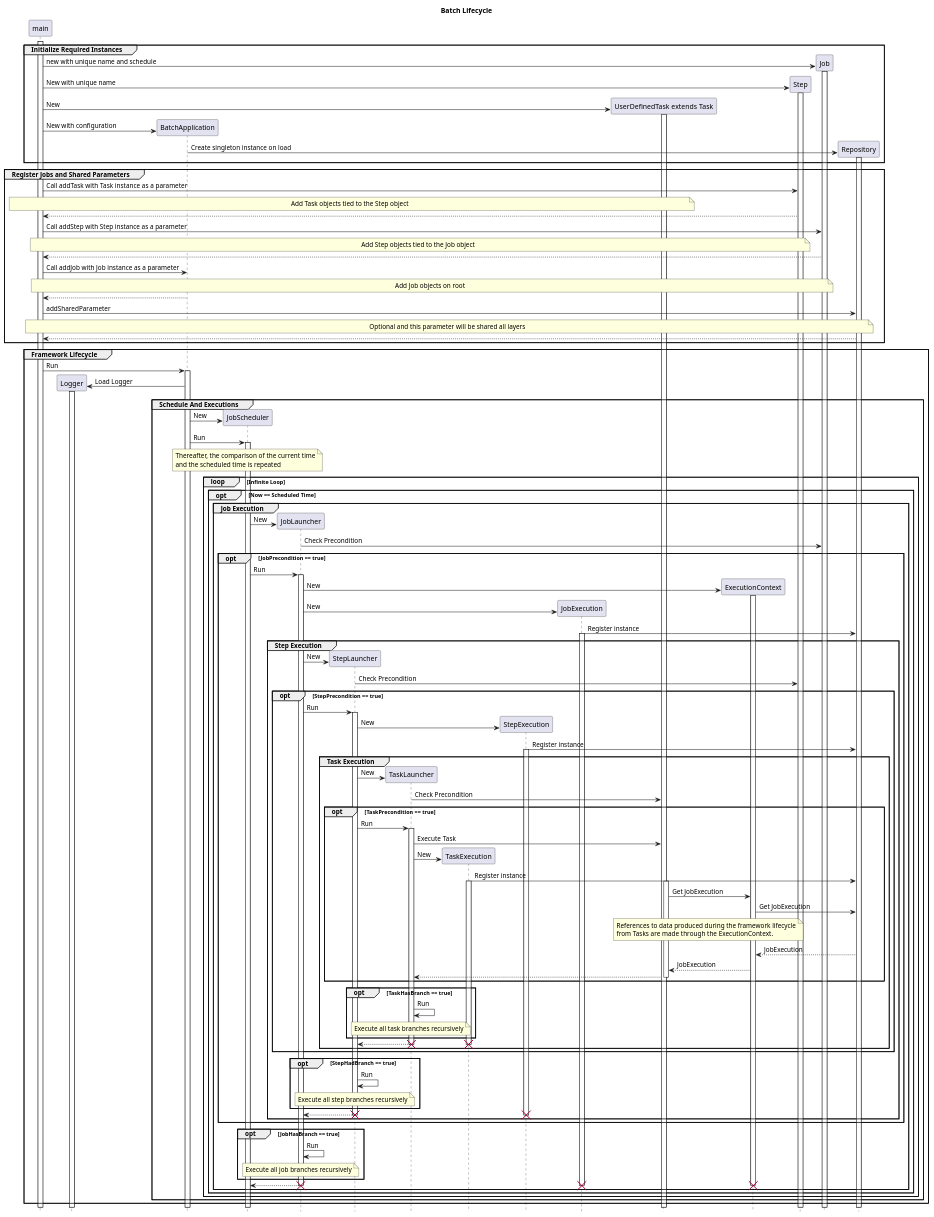
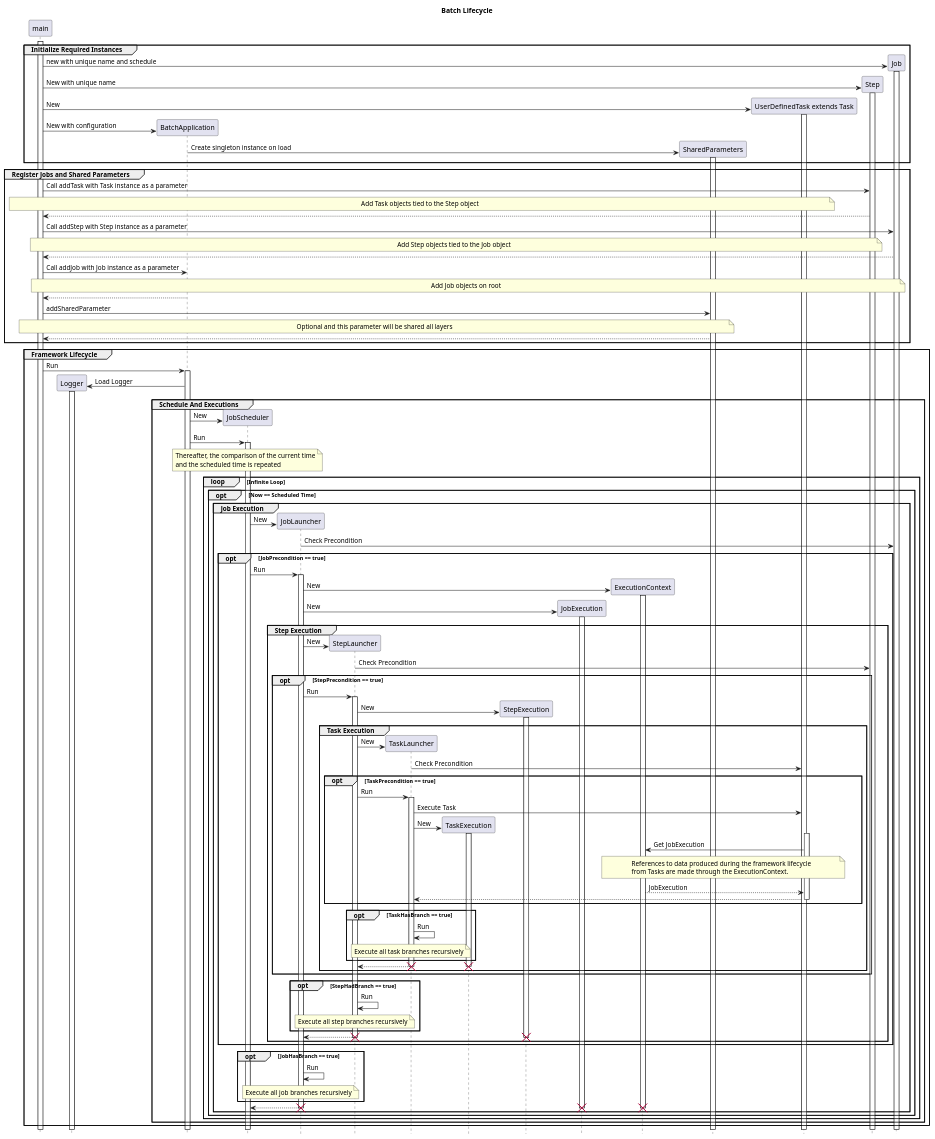
The diagram in design/sequence.pu (runchise/batch.dart), drawn with PlantUML before and after one commit. The commit also changed 1 other file, not shown here.

```diff
--- a/design/sequence.pu
+++ b/design/sequence.pu
@@ -1,186 +1,181 @@
 @startuml Batch Lifecycle
 title Batch Lifecycle
 hide footbox
 
 participant main
 participant Logger
 participant BatchApplication
 participant JobScheduler
 participant JobLauncher
 participant StepLauncher
 participant TaskLauncher
 participant TaskExecution
 participant StepExecution
 participant JobExecution
+participant ExecutionContext
+participant SharedParameters
 participant "UserDefinedTask extends Task" as Task
-participant ExecutionContext
 participant Step
 participant Job
-participant Repository
 
 activate main
 
 group Initialize Required Instances
     create Job
     main -> Job: new with unique name and schedule
     activate Job
     create Step
     main -> Step: New with unique name
     activate Step
 
     create Task
     main -> Task: New
     activate Task
 
     create BatchApplication
     main -> BatchApplication: New with configuration
 
-    create Repository
-    BatchApplication -> Repository: Create singleton instance on load
-    activate Repository
+    create SharedParameters
+    BatchApplication -> SharedParameters: Create singleton instance on load
+    activate SharedParameters
 end
 
 group Register Jobs and Shared Parameters
     main -> Step: Call addTask with Task instance as a parameter
     note over main, Task: Add Task objects tied to the Step object
     main <-- Step
 
     main -> Job: Call addStep with Step instance as a parameter
     note over main, Step: Add Step objects tied to the Job object
     main <-- Job
 
     main -> BatchApplication: Call addJob with Job instance as a parameter
     note over main, Job: Add Job objects on root
     main <-- BatchApplication
 
-    main -> Repository: addSharedParameter
-    note over main, Repository: Optional and this parameter will be shared all layers
-    main <-- Repository
+    main -> SharedParameters: addSharedParameter
+    note over main, SharedParameters: Optional and this parameter will be shared all layers
+    main <-- SharedParameters
 end
 
 group Framework Lifecycle
     main -> BatchApplication: Run
     activate BatchApplication
 
     create Logger
     BatchApplication -> Logger: Load Logger
     activate Logger
 
     group Schedule And Executions
         create JobScheduler
         BatchApplication -> JobScheduler: New
         BatchApplication -> JobScheduler: Run
         activate JobScheduler
 
         note over JobScheduler
             Thereafter, the comparison of the current time
             and the scheduled time is repeated
         end note
 
         loop Infinite Loop
             opt Now == Scheduled Time
                 group Job Execution
                     create JobLauncher
                     JobScheduler -> JobLauncher: New
                     JobLauncher -> Job: Check Precondition
 
                     opt JobPrecondition == true
                         JobScheduler -> JobLauncher: Run
                         activate JobLauncher
 
                         create ExecutionContext
                         JobLauncher -> ExecutionContext: New
                         activate ExecutionContext
 
                         create JobExecution
                         JobLauncher -> JobExecution: New
-                        JobExecution -> Repository: Register instance
                         activate JobExecution
 
                         group Step Execution
                             create StepLauncher
                             JobLauncher -> StepLauncher: New
                             StepLauncher -> Step: Check Precondition
 
                             opt StepPrecondition == true
                                 JobLauncher -> StepLauncher: Run
                                 activate StepLauncher
 
                                 create StepExecution
                                 StepLauncher -> StepExecution: New
-                                StepExecution -> Repository: Register instance
                                 activate StepExecution
 
                                 group Task Execution
                                     create TaskLauncher
                                     StepLauncher -> TaskLauncher: New
                                     TaskLauncher -> Task: Check Precondition
 
                                     opt TaskPrecondition == true
                                         StepLauncher -> TaskLauncher: Run
                                         activate TaskLauncher
                                         TaskLauncher -> Task: Execute Task
 
                                         create TaskExecution
                                         TaskLauncher -> TaskExecution: New
-                                        TaskExecution -> Repository: Register instance
                                         activate TaskExecution
 
                                         activate Task
                                         Task -> ExecutionContext: Get JobExecution
-                                        ExecutionContext -> Repository: Get JobExecution
                                         note over Task, ExecutionContext
                                             References to data produced during the framework lifecycle
                                             from Tasks are made through the ExecutionContext.
                                         end note
-                                        ExecutionContext <-- Repository: JobExecution
                                         Task <-- ExecutionContext: JobExecution
 
                                         TaskLauncher <-- Task
                                         deactivate Task
                                     end
 
                                     opt TaskHasBranch == true
                                         TaskLauncher -> TaskLauncher: Run
                                         note over TaskLauncher: Execute all task branches recursively
                                     end
 
                                     StepLauncher <-- TaskLauncher
                                     deactivate TaskExecution
                                     destroy TaskExecution
                                     deactivate TaskLauncher
                                     destroy TaskLauncher
                                 end
                             end
 
                             opt StepHadBranch == true
                                 StepLauncher -> StepLauncher: Run
                                 note over StepLauncher: Execute all step branches recursively
                             end
 
                             JobLauncher <-- StepLauncher
                             deactivate StepExecution
                             destroy StepExecution
                             deactivate StepLauncher
                             destroy StepLauncher
                         end
                     end
 
                     opt JobHasBranch == true
                         JobLauncher -> JobLauncher: Run
                         note over JobLauncher: Execute all job branches recursively
                     end
 
                     JobScheduler <-- JobLauncher
                     deactivate JobExecution
                     destroy JobExecution
                     deactivate ExecutionContext
                     destroy ExecutionContext
                     deactivate JobLauncher
                     destroy JobLauncher
                 end
             end
         end
     end
 end
 @enduml
```
